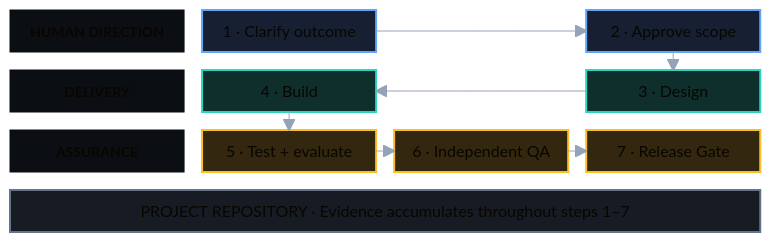
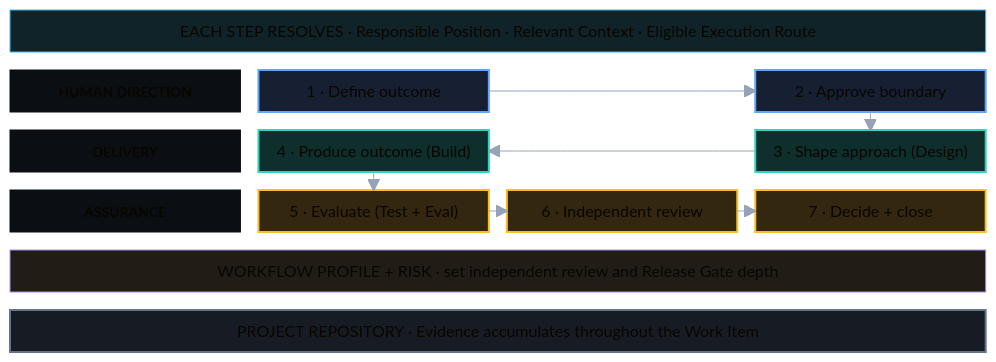
Before and after one commit to zsz1210/temple-ai-dev-org: the diagram in docs/assets/temple-delivery-path.en.mmd, drawn with Mermaid. The commit also changed 25 other files, not shown here.

Commit message:
docs: generalize Temple Work Item diagrams

```diff
--- a/docs/assets/temple-delivery-path.en.mmd
+++ b/docs/assets/temple-delivery-path.en.mmd
@@ -1,36 +1,42 @@
 ---
 config:
   theme: base
   fontFamily: "Inter, Arial, sans-serif"
   block:
     padding: 18
   themeVariables:
     background: "#0b0f14"
     primaryTextColor: "#f8fafc"
     lineColor: "#94a3b8"
 ---
 block-beta
   columns 8
-  H["HUMAN DIRECTION"]:2 S1["1 · Clarify outcome"]:2 space:2 S2["2 · Approve scope"]:2
-  D["DELIVERY"]:2 S4["4 · Build"]:2 space:2 S3["3 · Design"]:2
-  A["ASSURANCE"]:2 S5["5 · Test + evaluate"]:2 S6["6 · Independent QA"]:2 S7["7 · Release Gate"]:2
-  E["PROJECT REPOSITORY · Evidence accumulates throughout steps 1–7"]:8
+  R["EACH STEP RESOLVES · Responsible Position · Relevant Context · Eligible Execution Route"]:8
+  H["HUMAN DIRECTION"]:2 S1["1 · Define outcome"]:2 space:2 S2["2 · Approve boundary"]:2
+  D["DELIVERY"]:2 S4["4 · Produce outcome (Build)"]:2 space:2 S3["3 · Shape approach (Design)"]:2
+  A["ASSURANCE"]:2 S5["5 · Evaluate (Test + Eval)"]:2 S6["6 · Independent review"]:2 S7["7 · Decide + close"]:2
+  P["WORKFLOW PROFILE + RISK · set independent review and Release Gate depth"]:8
+  E["PROJECT REPOSITORY · Evidence accumulates throughout the Work Item"]:8
 
   S1 --> S2
   S2 --> S3
   S3 --> S4
   S4 --> S5
   S5 --> S6
   S6 --> S7
 
   classDef lane fill:#0b0f14,stroke:#0b0f14,color:#94a3b8,font-weight:700,font-size:14px;
   classDef human fill:#172033,stroke:#60a5fa,color:#f8fafc,stroke-width:2px;
   classDef delivery fill:#0f2f2d,stroke:#2dd4bf,color:#f8fafc,stroke-width:2px;
   classDef assurance fill:#33280f,stroke:#fbbf24,color:#f8fafc,stroke-width:2px;
+  classDef route fill:#102329,stroke:#38bdf8,color:#e0f2fe,stroke-width:1px;
+  classDef profile fill:#211d16,stroke:#a78bfa,color:#ede9fe,stroke-width:1px;
   classDef evidence fill:#171c24,stroke:#64748b,color:#e2e8f0,stroke-width:2px;
 
   class H,D,A lane
+  class R route
   class S1,S2 human
   class S3,S4 delivery
   class S5,S6,S7 assurance
+  class P profile
   class E evidence
```
